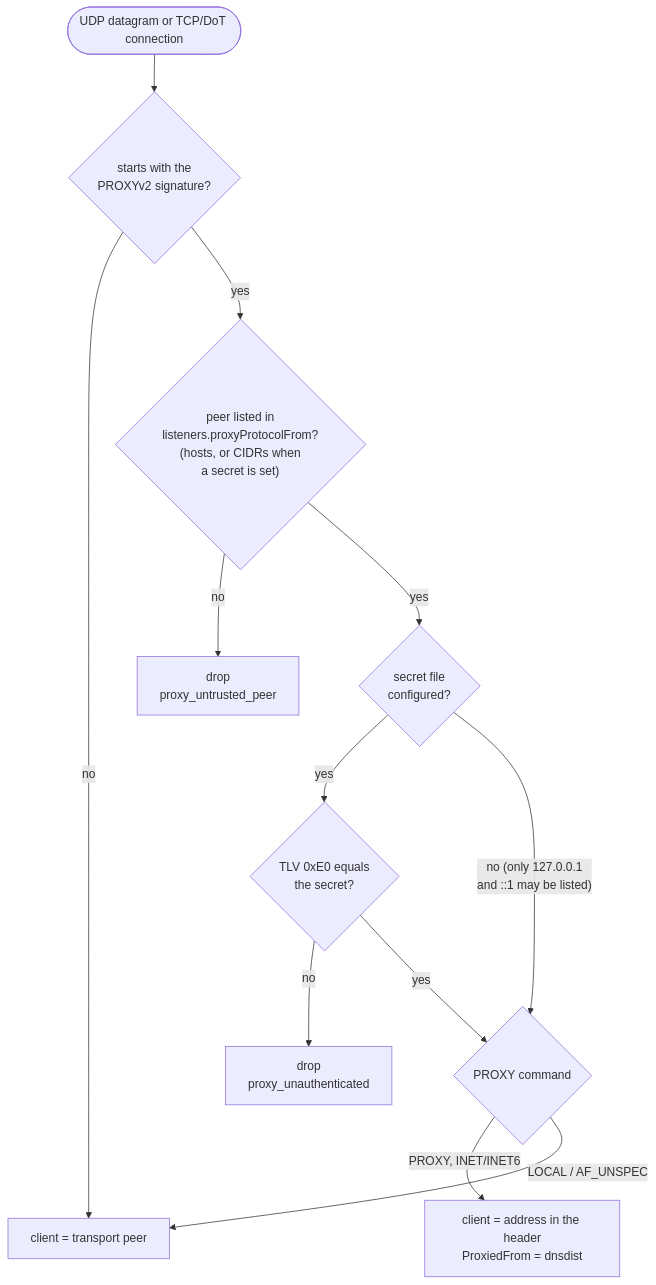
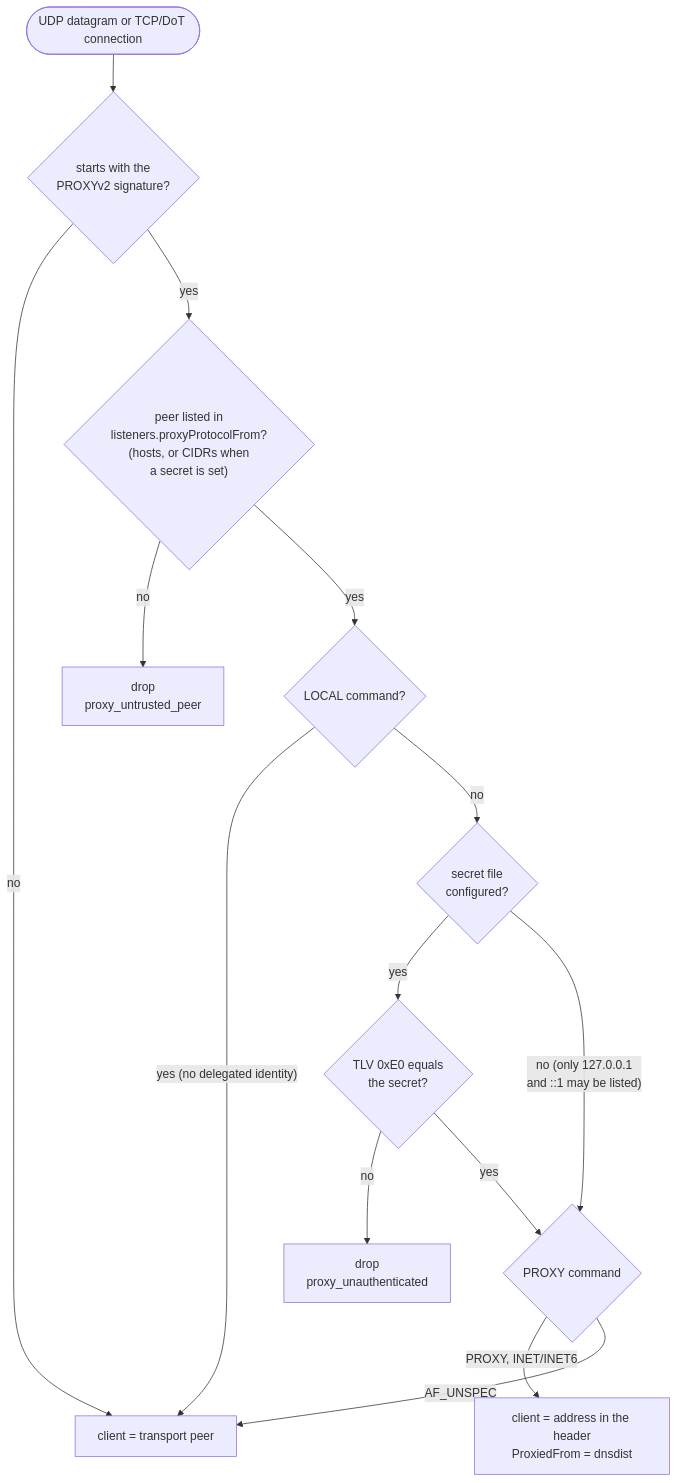
Before and after one commit to robertherbaugh/kudurru: the first of 5 diagrams in docs/architecture/query-path.md, drawn with Mermaid. The commit also changed other lines of this file and 18 other files, not shown here.

````diff
--- a/docs/architecture/query-path.md
+++ b/docs/architecture/query-path.md
@@ -35,14 +35,16 @@
 ```mermaid
 flowchart TD
     P(["UDP datagram or TCP/DoT connection"]) --> SIG{"starts with the<br/>PROXYv2 signature?"}
     SIG -- "no" --> PEER["client = transport peer"]
     SIG -- "yes" --> LIST{"peer listed in<br/>listeners.proxyProtocolFrom?<br/>(hosts, or CIDRs when<br/>a secret is set)"}
     LIST -- "no" --> DROP1["drop<br/>proxy_untrusted_peer"]
-    LIST -- "yes" --> SEC{"secret file<br/>configured?"}
+    LIST -- "yes" --> LOCAL{"LOCAL command?"}
+    LOCAL -- "yes (no delegated identity)" --> PEER
+    LOCAL -- "no" --> SEC{"secret file<br/>configured?"}
     SEC -- "yes" --> TLV{"TLV 0xE0 equals<br/>the secret?"}
     TLV -- "no" --> DROP2["drop<br/>proxy_unauthenticated"]
     TLV -- "yes" --> CMD
     SEC -- "no (only 127.0.0.1<br/>and ::1 may be listed)" --> CMD{"PROXY command"}
     CMD -- "PROXY, INET/INET6" --> HDR["client = address in the header<br/>ProxiedFrom = dnsdist"]
-    CMD -- "LOCAL / AF_UNSPEC" --> PEER
+    CMD -- "AF_UNSPEC" --> PEER
 ```
````
